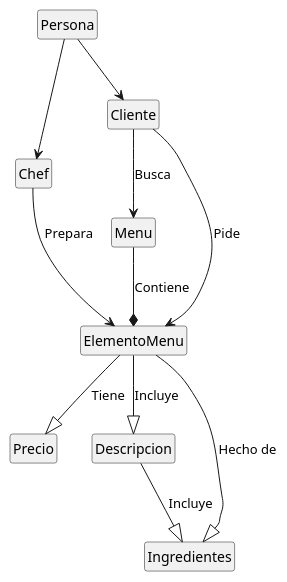
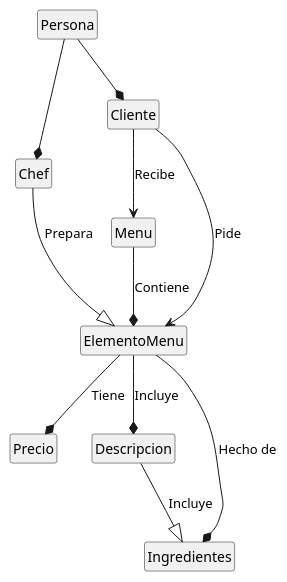
The diagram in entregas/deCosSaul/reto-001/Menu.puml (mmasias/25-26-IDSW1), drawn with PlantUML before and after one commit. The commit also changed 1 other file, not shown here.

```diff
--- a/entregas/deCosSaul/reto-001/Menu.puml
+++ b/entregas/deCosSaul/reto-001/Menu.puml
@@ -2,30 +2,30 @@
 @startuml
 
 class Menu
 class ElementoMenu
 class Precio
 class Descripcion
 class Ingredientes
 class Persona
 class Chef
 class Cliente
 
 hide empty members
 hide circle
 
 Menu --* ElementoMenu: Contiene
 
-ElementoMenu --|> Precio: Tiene
-ElementoMenu --|> Descripcion: Incluye
-ElementoMenu --|> Ingredientes: Hecho de
+ElementoMenu --* Precio: Tiene
+ElementoMenu --* Descripcion: Incluye
+ElementoMenu --* Ingredientes: Hecho de
 
 Descripcion --|>  Ingredientes: Incluye
 
-Persona --> Chef
-Persona --> Cliente
+Persona --* Chef
+Persona --* Cliente
 
-Chef --> ElementoMenu : Prepara
-Cliente --> Menu: Busca
+Chef --|> ElementoMenu : Prepara
+Cliente --> Menu: Recibe
 Cliente --> ElementoMenu: Pide
 
 @enduml
```
